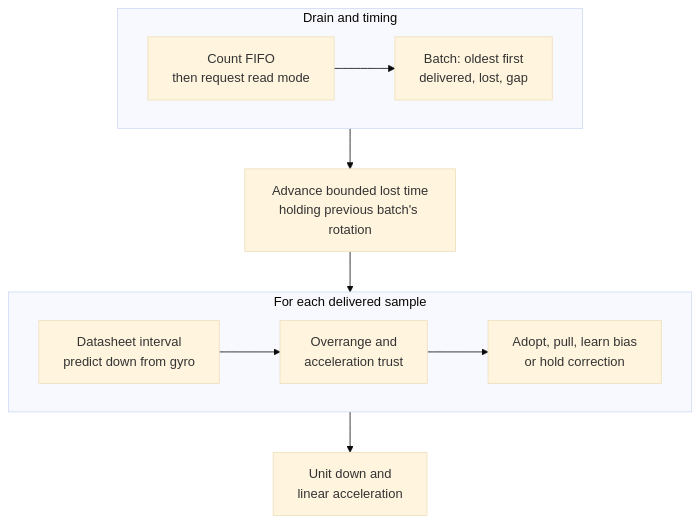
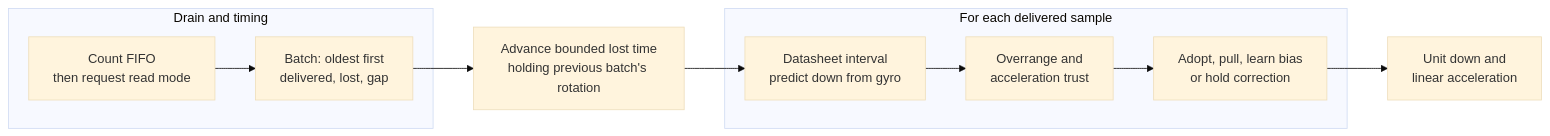
One commit to jose-villegas/autana changed the diagram in docs/input/Gravity.md. Above: the diagram before and after it, drawn with Mermaid (base theme). The commit also changed 1 other file, not shown here.

Commit message:
docs: board diagram grouped by purpose; gravity flow as one straight chain

````diff
--- a/docs/input/Gravity.md
+++ b/docs/input/Gravity.md
@@ -23,17 +23,14 @@
 ```mermaid
-flowchart TB
+flowchart LR
     subgraph Input["Drain and timing"]
-        direction LR
         Drain["Count FIFO<br/>then request read mode"] --> Batch["Batch: oldest first<br/>delivered, lost, gap"]
     end
+    Missing["Advance bounded lost time<br/>holding previous batch's rotation"]
     subgraph Update["For each delivered sample"]
-        direction LR
         Predict["Datasheet interval<br/>predict down from gyro"] --> Judge["Overrange and<br/>acceleration trust"]
         Judge --> Correct["Adopt, pull, learn bias<br/>or hold correction"]
     end
-    Missing["Advance bounded lost time<br/>holding previous batch's rotation"]
     Linear["Unit down and<br/>linear acceleration"]
-    Input --> Missing
-    Missing --> Update
-    Update --> Linear
+    Batch --> Missing --> Predict
+    Correct --> Linear
 ```
````
